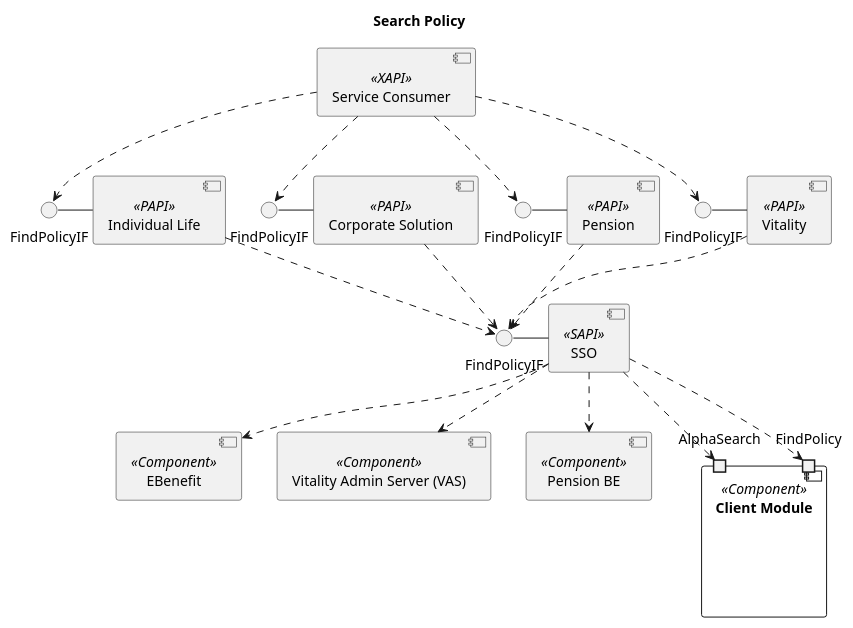
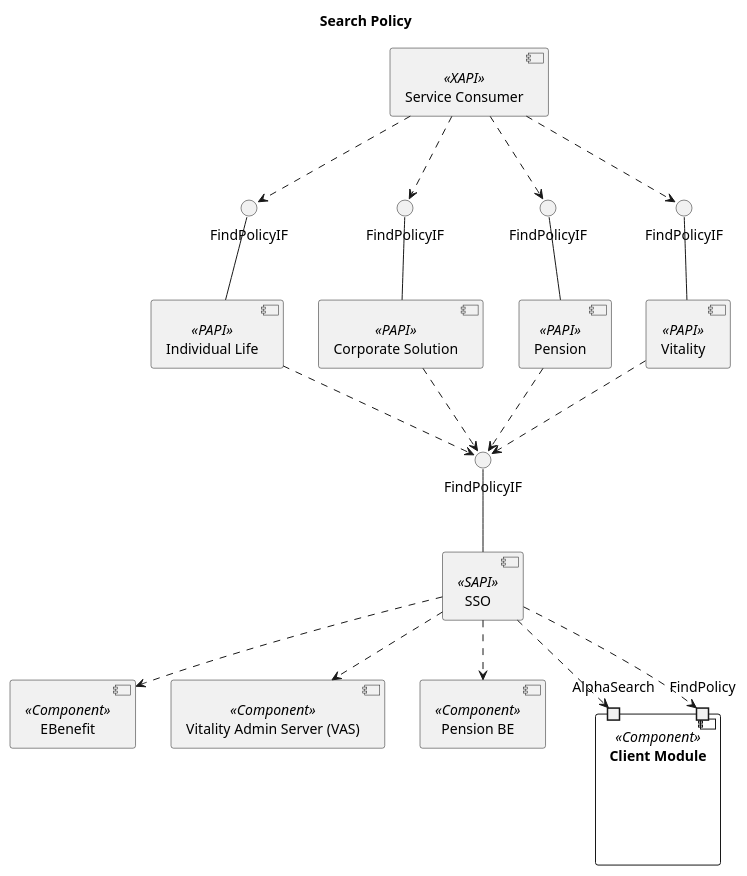
Before and after one commit to dennisholee/ArchitectureDojo: the diagram in DDD/src/main/plantuml/UserRegistration/find_policy_By_SSO-component.puml, drawn with PlantUML. The commit also changed 2 other files, not shown here.

Commit message:
Update UML diagrams.

```diff
--- a/DDD/src/main/plantuml/UserRegistration/find_policy_By_SSO-component.puml
+++ b/DDD/src/main/plantuml/UserRegistration/find_policy_By_SSO-component.puml
@@ -1,54 +1,53 @@
 @startuml
 
 Title Search Policy
 
 component [Service Consumer] as SC << XAPI >>
 component [Individual Life] as IL << PAPI >>
 component [Corporate Solution] as CS << PAPI >>
 component [Pension] as PT << PAPI >>
 component [Vitality] as VT << PAPI >>
 
 component [SSO] as SSO << SAPI >>
 
 component [Client Module] as CM << Component >>
 component [EBenefit] as EB << Component >>
 component [Vitality Admin Server (VAS)] as VAS << Component >>
 component [Pension BE] as PTBE << Component >>
 
 component CM {
   port AlphaSearch
   port FindPolicy
 }
 
 interface FindPolicyIF as PII1
 interface FindPolicyIF as PII2
 interface FindPolicyIF as PII3
 interface FindPolicyIF as PII4
 
 interface FindPolicyIF as PII5
- 
-SC ..> PII1
-SC ..> PII2
-SC ..> PII3
-SC ..> PII4
 
-PII1 - IL
-PII2 - CS
-PII3 - PT
-PII4 - VT
+SC .d.> PII1
+SC .d.> PII2
+SC .d.> PII3
+SC .d.> PII4
 
-IL ..> PII5
-CS ..> PII5
-PT ..> PII5
-VT ..> PII5
+PII1 -d- IL
+PII2 -d- CS
+PII3 -d- PT
+PII4 -d- VT
 
-PII5 - SSO
+IL .d.> PII5
+CS .d.> PII5
+PT .d.> PII5
+VT .d.> PII5
 
-SSO ..> AlphaSearch
-SSO ..> FindPolicy
-SSO ..> EB
-SSO ..> VAS
-SSO ..> PTBE
+PII5 -d- SSO
 
+SSO .d.> AlphaSearch
+SSO .d.> FindPolicy
+SSO .d.> EB
+SSO .d.> VAS
+SSO .d.> PTBE
 
 @enduml
```
